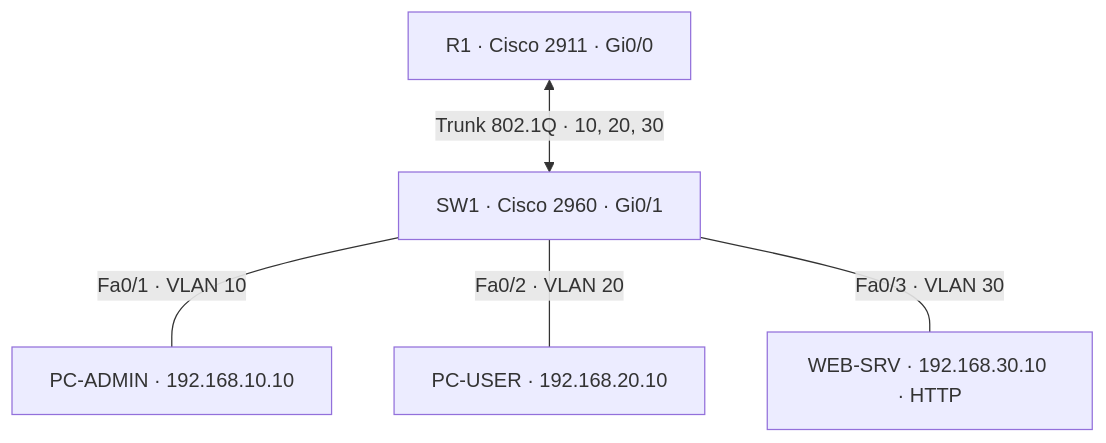
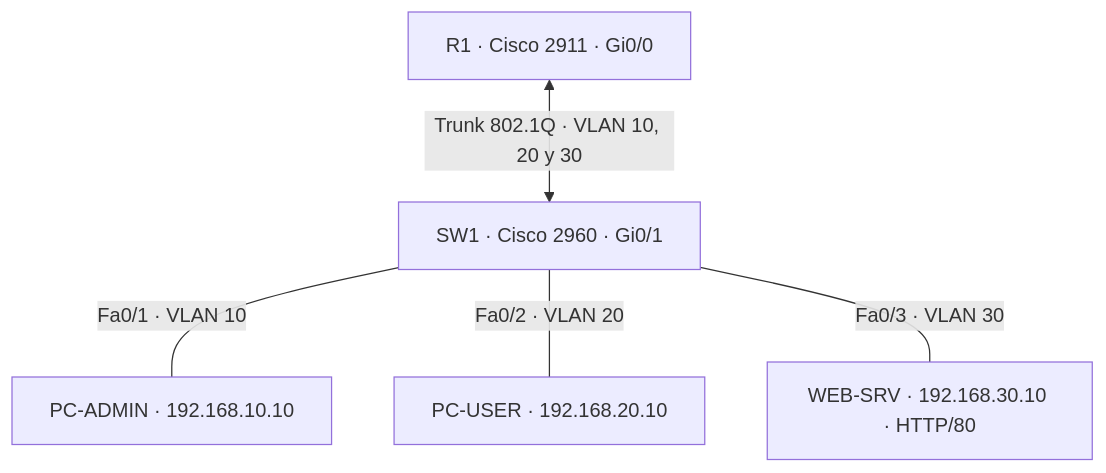
The diagram in docs/packet-tracer/README.md (Ttico09/SentinelLab-ASIR), drawn with Mermaid before and after one commit. The commit also changed other lines of this file and 6 other files, not shown here.

````diff
--- a/docs/packet-tracer/README.md
+++ b/docs/packet-tracer/README.md
@@ -11,7 +17,7 @@
 ```mermaid
-flowchart TD
-  R[R1 · Cisco 2911 · Gi0/0] <-->|Trunk 802.1Q · 10, 20, 30| S[SW1 · Cisco 2960 · Gi0/1]
-  S ---|Fa0/1 · VLAN 10| A[PC-ADMIN · 192.168.10.10]
-  S ---|Fa0/2 · VLAN 20| U[PC-USER · 192.168.20.10]
-  S ---|Fa0/3 · VLAN 30| W[WEB-SRV · 192.168.30.10 · HTTP]
+flowchart TB
+  R["R1 · Cisco 2911 · Gi0/0"] <-->|"Trunk 802.1Q · VLAN 10, 20 y 30"| S["SW1 · Cisco 2960 · Gi0/1"]
+  S ---|"Fa0/1 · VLAN 10"| A["PC-ADMIN · 192.168.10.10"]
+  S ---|"Fa0/2 · VLAN 20"| U["PC-USER · 192.168.20.10"]
+  S ---|"Fa0/3 · VLAN 30"| W["WEB-SRV · 192.168.30.10 · HTTP/80"]
 ```
````
